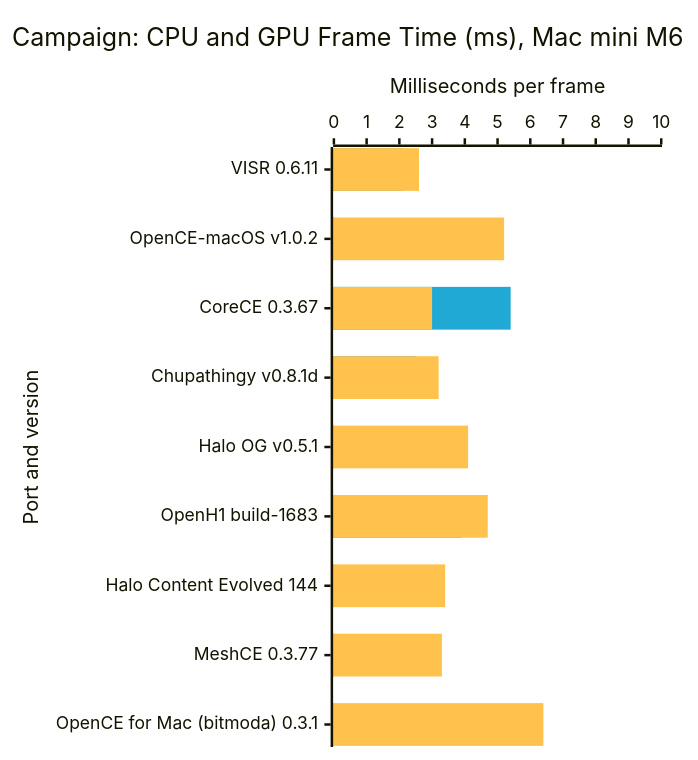
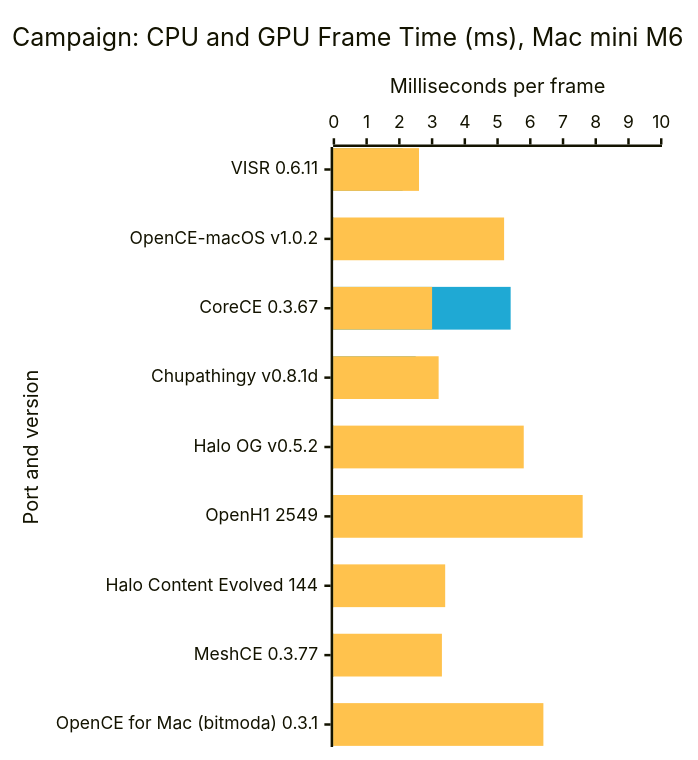
Before and after one commit to VISR-CE/visr: the first of 8 diagrams in docs/benchmarks.md, drawn with Mermaid. The commit also changed other lines of this file and 3 other files, not shown here.

First line of the commit message:
📊 data(bench): M6 uncapped rows for Halo OG v0.5.2, OpenH1 2549 and a VISR 0.6.10 control

````diff
--- a/docs/benchmarks.md
+++ b/docs/benchmarks.md
@@ -19,17 +19,17 @@
 ```mermaid
 ---
 config:
   xyChart:
     width: 520
     height: 588
   themeVariables:
     xyChart:
       plotColorPalette: "#1fa9d4, #ffc24d"
 ---
 xychart-beta horizontal
     title "Campaign: CPU and GPU Frame Time (ms), Mac mini M6"
-    x-axis "Port and version" ["VISR 0.6.11", "OpenCE-macOS v1.0.2", "CoreCE 0.3.67", "Chupathingy v0.8.1d", "Halo OG v0.5.1", "OpenH1 build-1683", "Halo Content Evolved 144", "MeshCE 0.3.77", "OpenCE for Mac (bitmoda) 0.3.1"]
+    x-axis "Port and version" ["VISR 0.6.11", "OpenCE-macOS v1.0.2", "CoreCE 0.3.67", "Chupathingy v0.8.1d", "Halo OG v0.5.2", "OpenH1 2549", "Halo Content Evolved 144", "MeshCE 0.3.77", "OpenCE for Mac (bitmoda) 0.3.1"]
     y-axis "Milliseconds per frame" 0 --> 10
-    bar [2.1, 0, 5.4, 2.5, 0, 3.9, 0, 0, 0]
-    bar [2.6, 5.2, 3, 3.2, 4.1, 4.7, 3.4, 3.3, 6.4]
+    bar [2.1, 0, 5.4, 2.5, 0, 0, 0, 0, 0]
+    bar [2.6, 5.2, 3, 3.2, 5.8, 7.6, 3.4, 3.3, 6.4]
 ```
````
